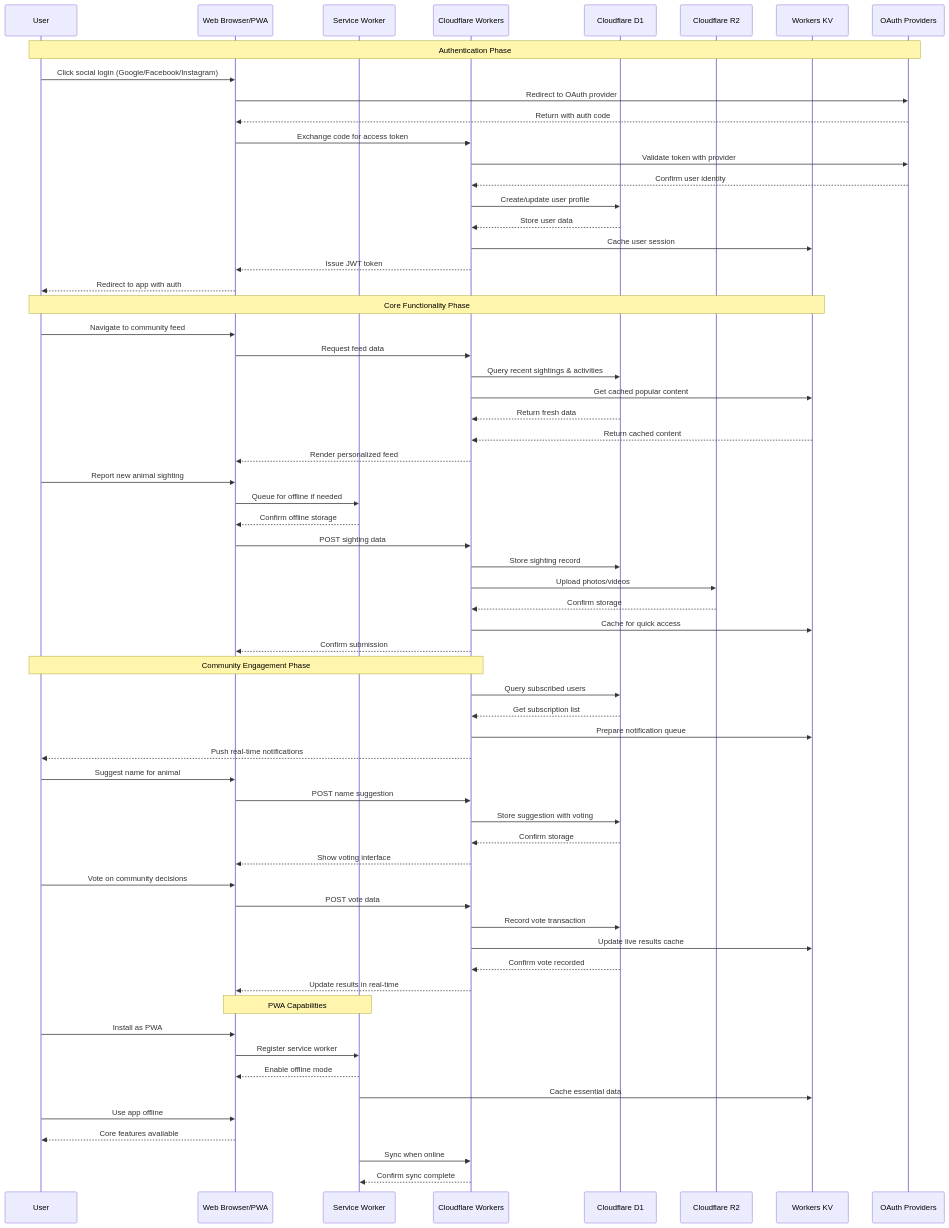
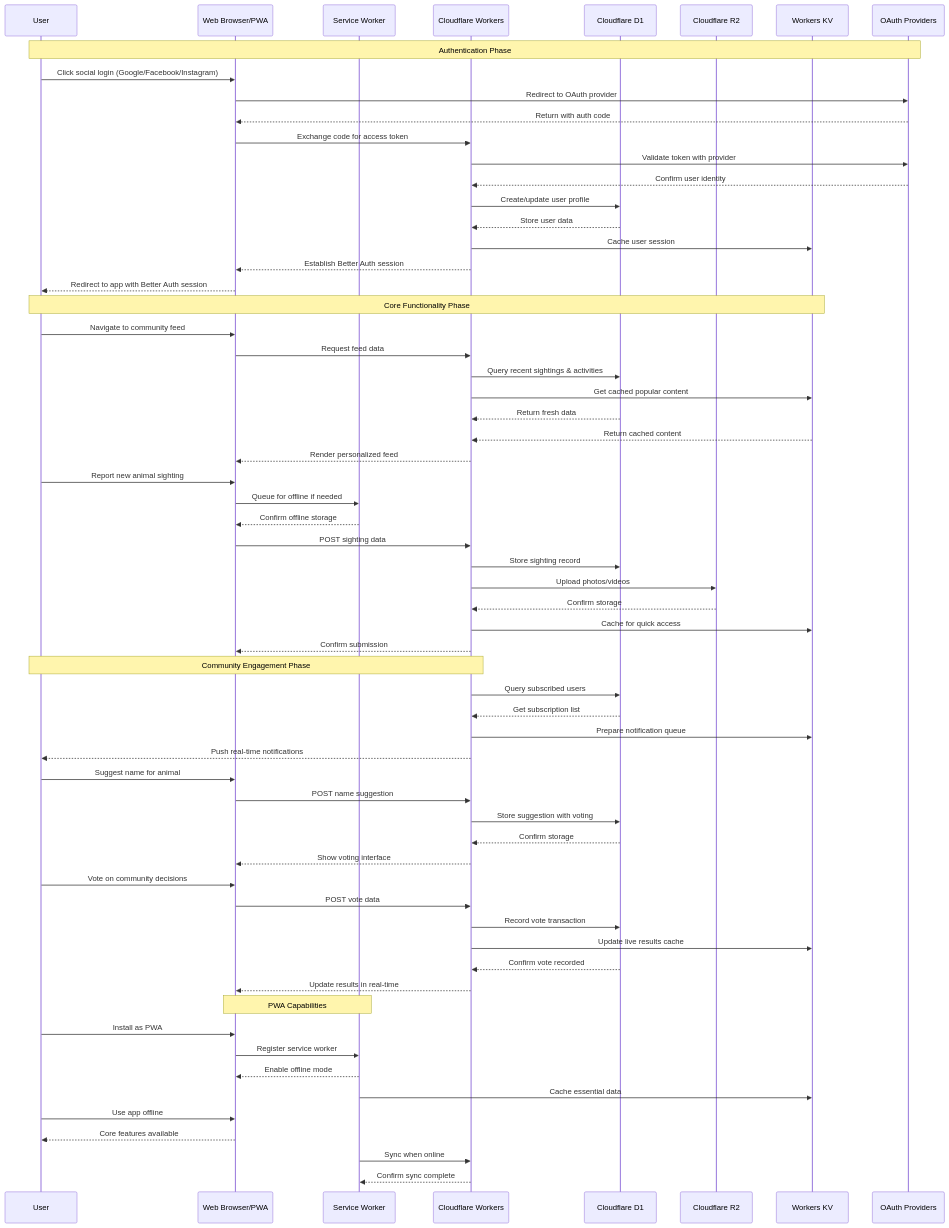
The second of 7 diagrams in docs/architecture.md (samuellie/stray-tracker), drawn with Mermaid before and after one commit. The commit also changed other lines of this file and 3 other files, not shown here.

````diff
--- a/docs/architecture.md
+++ b/docs/architecture.md
@@ -77,72 +77,72 @@
 ```mermaid
 sequenceDiagram
     participant U as User
     participant W as Web Browser/PWA
     participant SW as Service Worker
     participant CF as Cloudflare Workers
     participant D1 as Cloudflare D1
     participant R2 as Cloudflare R2
     participant KV as Workers KV
     participant SP as OAuth Providers
 
     Note over U,SP: Authentication Phase
     U->>W: Click social login (Google/Facebook/Instagram)
     W->>SP: Redirect to OAuth provider
     SP-->>W: Return with auth code
     W->>CF: Exchange code for access token
     CF->>SP: Validate token with provider
     SP-->>CF: Confirm user identity
     CF->>D1: Create/update user profile
     D1-->>CF: Store user data
     CF->>KV: Cache user session
-    CF-->>W: Issue JWT token
-    W-->>U: Redirect to app with auth
+    CF-->>W: Establish Better Auth session
+    W-->>U: Redirect to app with Better Auth session
 
     Note over U,KV: Core Functionality Phase
     U->>W: Navigate to community feed
     W->>CF: Request feed data
     CF->>D1: Query recent sightings & activities
     CF->>KV: Get cached popular content
     D1-->>CF: Return fresh data
     KV-->>CF: Return cached content
     CF-->>W: Render personalized feed
 
     U->>W: Report new animal sighting
     W->>SW: Queue for offline if needed
     SW-->>W: Confirm offline storage
     W->>CF: POST sighting data
     CF->>D1: Store sighting record
     CF->>R2: Upload photos/videos
     R2-->>CF: Confirm storage
     CF->>KV: Cache for quick access
     CF-->>W: Confirm submission
 
     Note over CF,U: Community Engagement Phase
     CF->>D1: Query subscribed users
     D1-->>CF: Get subscription list
     CF->>KV: Prepare notification queue
     CF-->>U: Push real-time notifications
 
     U->>W: Suggest name for animal
     W->>CF: POST name suggestion
     CF->>D1: Store suggestion with voting
     D1-->>CF: Confirm storage
     CF-->>W: Show voting interface
 
     U->>W: Vote on community decisions
     W->>CF: POST vote data
     CF->>D1: Record vote transaction
     CF->>KV: Update live results cache
     D1-->>CF: Confirm vote recorded
     CF-->>W: Update results in real-time
 
     Note over W,SW: PWA Capabilities
     U->>W: Install as PWA
     W->>SW: Register service worker
     SW-->>W: Enable offline mode
     SW->>KV: Cache essential data
     U->>W: Use app offline
     W-->>U: Core features available
     SW->>CF: Sync when online
     CF-->>SW: Confirm sync complete
 ```
````
